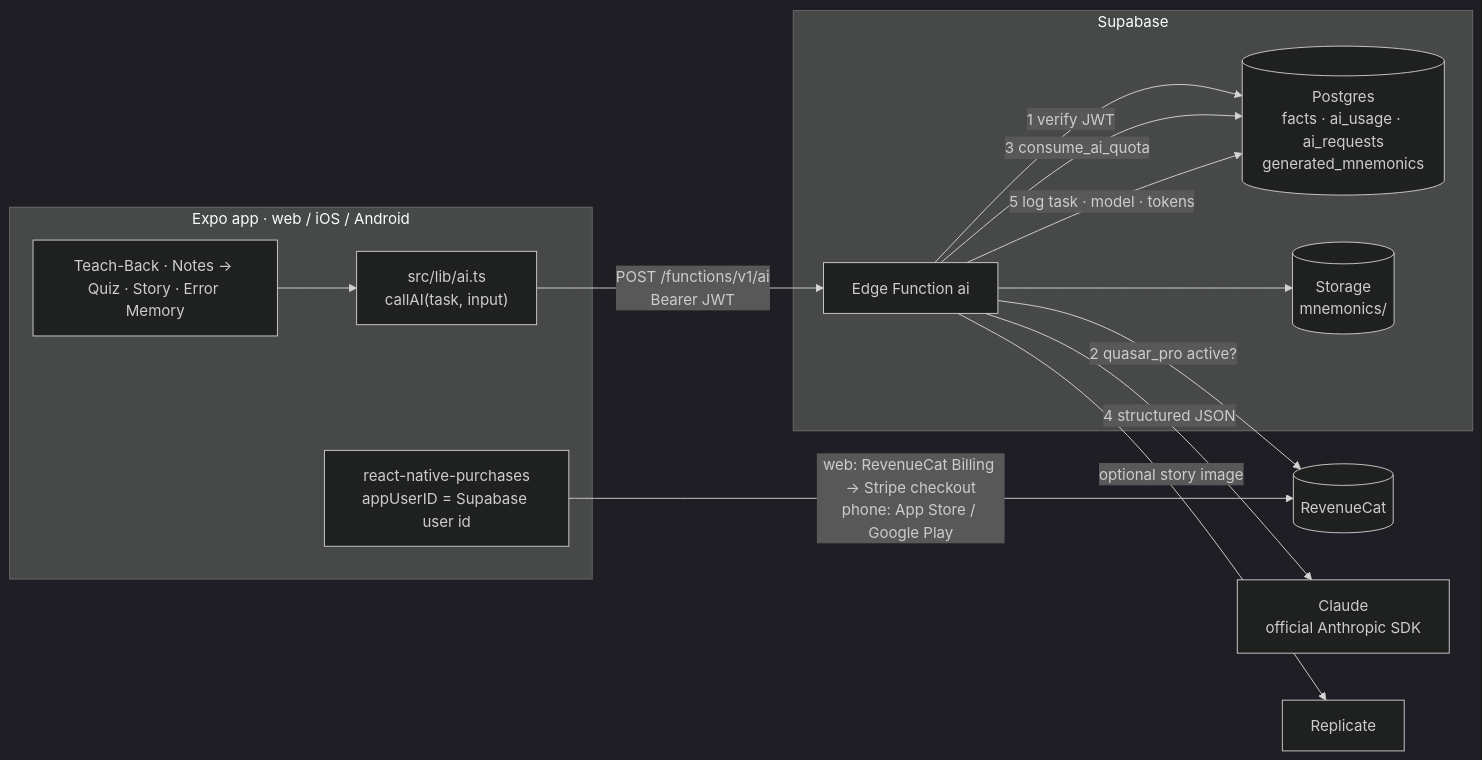
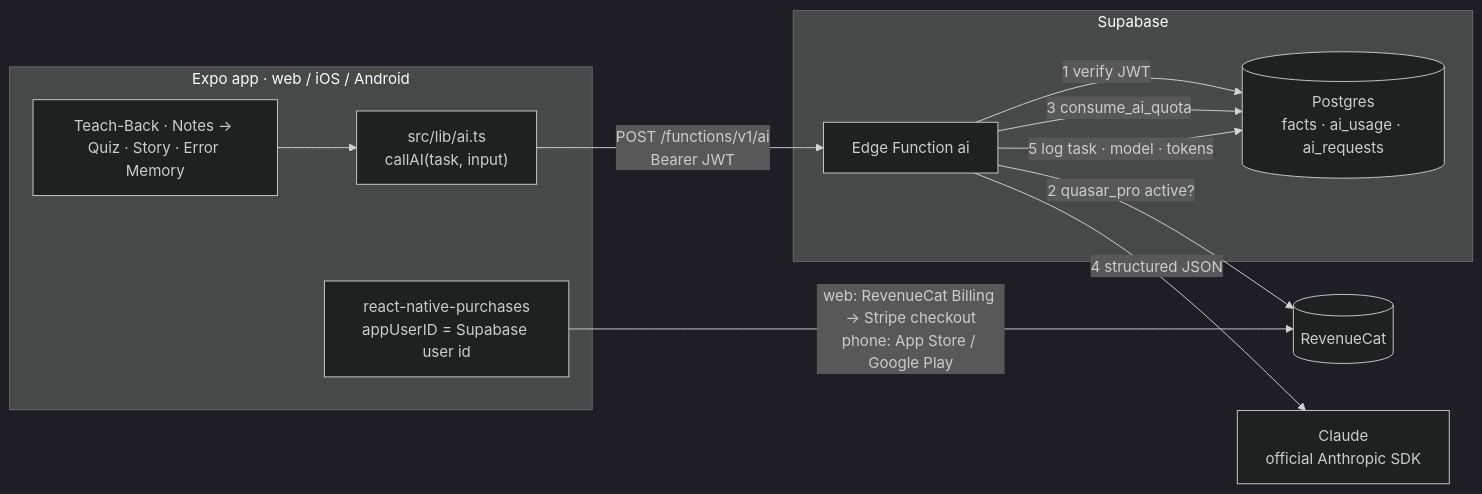
Before and after one commit to reyaattri/Quasar: the diagram in README.md, drawn with Mermaid (dark theme). The commit also changed other lines of this file and 1 other file, not shown here.

````diff
--- a/README.md
+++ b/README.md
@@ -237,23 +50,20 @@
 ```mermaid
 flowchart LR
   subgraph App["Expo app · web / iOS / Android"]
     UI["Teach-Back · Notes → Quiz · Story · Error Memory"]
     AI["src/lib/ai.ts<br/>callAI(task, input)"]
     RC["react-native-purchases<br/>appUserID = Supabase user id"]
     UI --> AI
   end
   AI -- "POST /functions/v1/ai<br/>Bearer JWT" --> GW
   RC -- "web: RevenueCat Billing → Stripe checkout<br/>phone: App Store / Google Play" --> RCS[(RevenueCat)]
   subgraph Supabase
     GW["Edge Function ai"]
-    DB[("Postgres<br/>facts · ai_usage · ai_requests<br/>generated_mnemonics")]
-    ST[("Storage<br/>mnemonics/")]
+    DB[("Postgres<br/>facts · ai_usage · ai_requests")]
   end
   GW -- "1 verify JWT" --> DB
   GW -- "2 quasar_pro active?" --> RCS
   GW -- "3 consume_ai_quota" --> DB
   GW -- "4 structured JSON" --> CL["Claude<br/>official Anthropic SDK"]
-  GW -- "optional story image" --> RP["Replicate"]
-  GW --> ST
   GW -- "5 log task · model · tokens" --> DB
 ```
````
